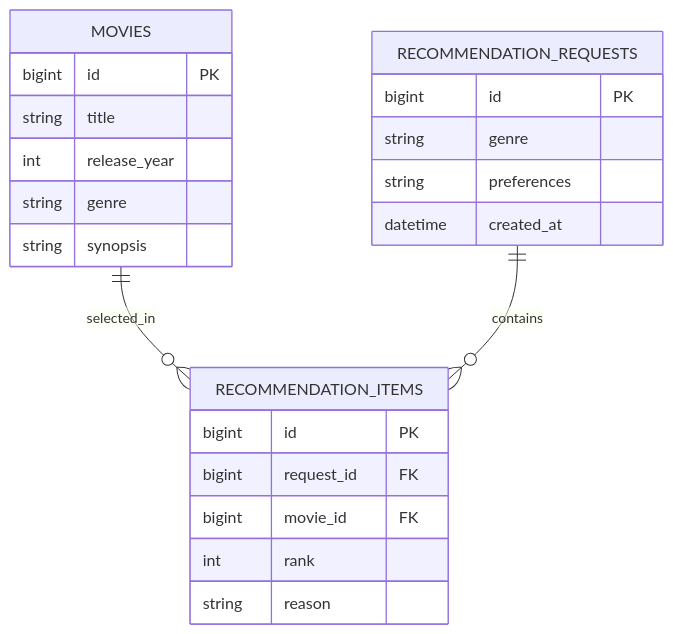
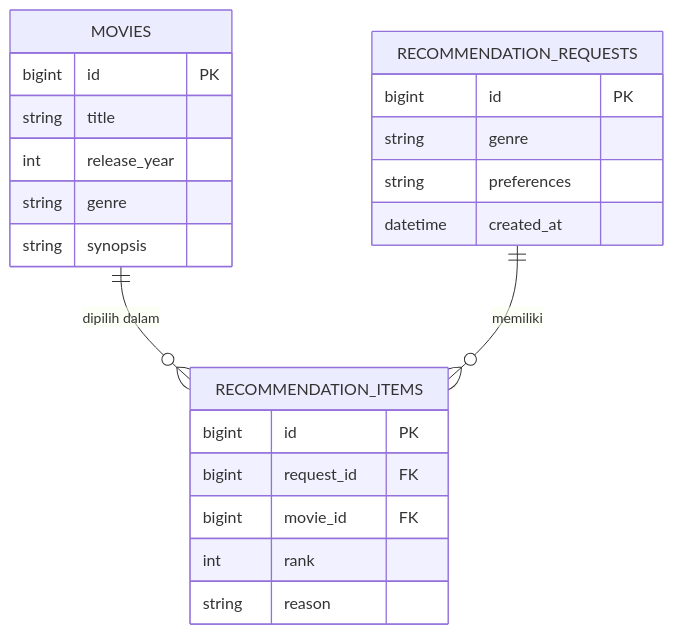
Before and after one commit to AwanNada/Project-UAS-RPLLanjut: the fourth of 4 diagrams in docs/data-model.md, drawn with Mermaid. The commit also changed other lines of this file and 4 other files, not shown here.

````diff
--- a/docs/data-model.md
+++ b/docs/data-model.md
@@ -113,26 +113,26 @@
 ```mermaid
 erDiagram
-    MOVIES ||--o{ RECOMMENDATION_ITEMS : selected_in
-    RECOMMENDATION_REQUESTS ||--o{ RECOMMENDATION_ITEMS : contains
+    MOVIES ||--o{ RECOMMENDATION_ITEMS : "dipilih dalam"
+    RECOMMENDATION_REQUESTS ||--o{ RECOMMENDATION_ITEMS : "memiliki"
 
     MOVIES {
         bigint id PK
         string title
         int release_year
         string genre
         string synopsis
     }
     RECOMMENDATION_REQUESTS {
         bigint id PK
         string genre
         string preferences
         datetime created_at
     }
     RECOMMENDATION_ITEMS {
         bigint id PK
         bigint request_id FK
         bigint movie_id FK
         int rank
         string reason
     }
 ```
````
